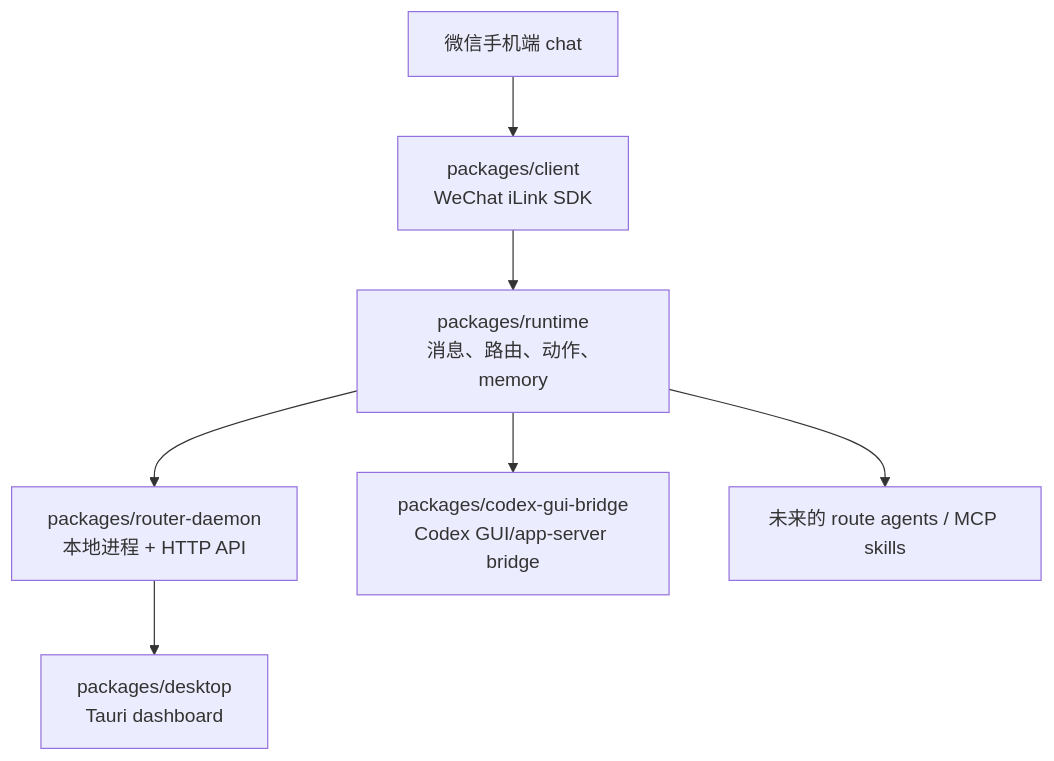
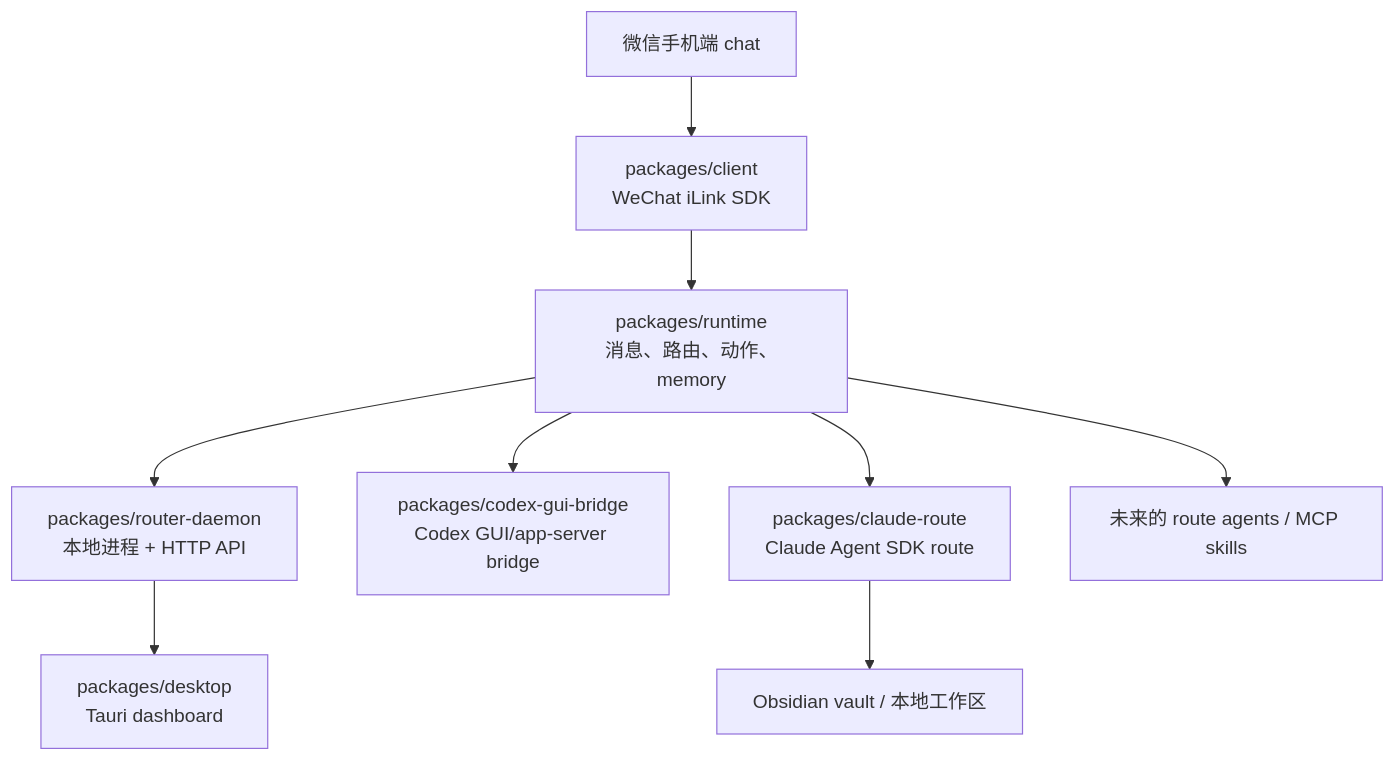
The diagram in README.zh_CN.md (WillbsoluteVodka/wechat2all), drawn with Mermaid before and after one commit. The commit also changed other lines of this file and 36 other files, not shown here.

Commit message:
Add Claude route integration

````diff
--- a/README.zh_CN.md
+++ b/README.zh_CN.md
@@ -12,9 +12,11 @@
 ```mermaid
 flowchart TD
   W["微信手机端 chat"] --> C["packages/client<br/>WeChat iLink SDK"]
   C --> R["packages/runtime<br/>消息、路由、动作、memory"]
   R --> D["packages/router-daemon<br/>本地进程 + HTTP API"]
   D --> UI["packages/desktop<br/>Tauri dashboard"]
   R --> CG["packages/codex-gui-bridge<br/>Codex GUI/app-server bridge"]
+  R --> CL["packages/claude-route<br/>Claude Agent SDK route"]
+  CL --> V["Obsidian vault / 本地工作区"]
   R --> A["未来的 route agents / MCP skills"]
 ```
````
